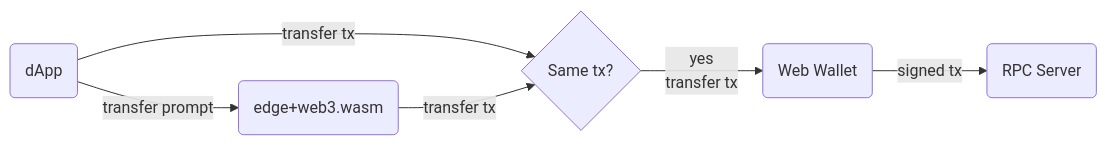
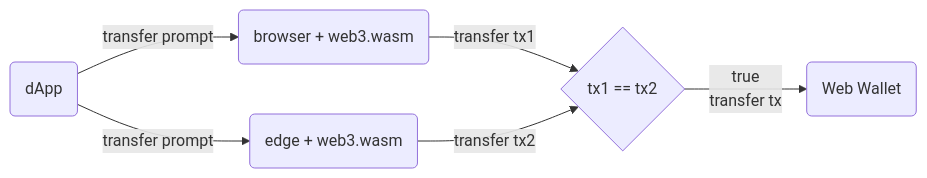
Before and after one commit to gist-rs/tx-builder-wasm: the fourth of 4 diagrams in README.md, drawn with Mermaid. The commit also changed other lines of this file, not shown here.

````diff
--- a/README.md
+++ b/README.md
@@ -40,5 +40,5 @@
 ```mermaid
 graph LR
-    A(dApp+web3.wasm) -- transfer tx --> C{Cross check}
-    A(dApp) -- transfer prompt --> B(edge+web3.wasm) -- transfer tx --> C{Same tx?} -- yes\ntransfer tx --> Y(Web Wallet) -- signed tx --> Z(RPC Server)
+    A(dApp) -- transfer prompt --> B1(browser + web3.wasm) -- transfer tx1 --> C{Cross check}
+    A(dApp) -- transfer prompt --> B2(edge + web3.wasm) -- transfer tx2 --> C{tx1 == tx2} -- true\ntransfer tx --> Y(Web Wallet)
 ```
````
